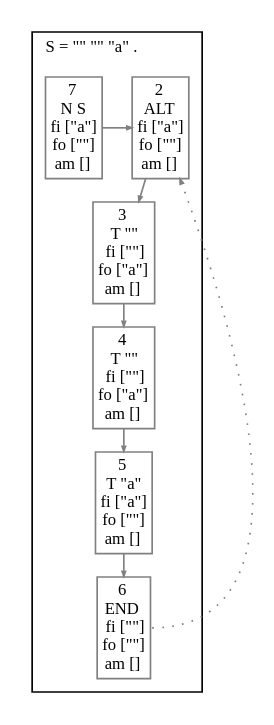
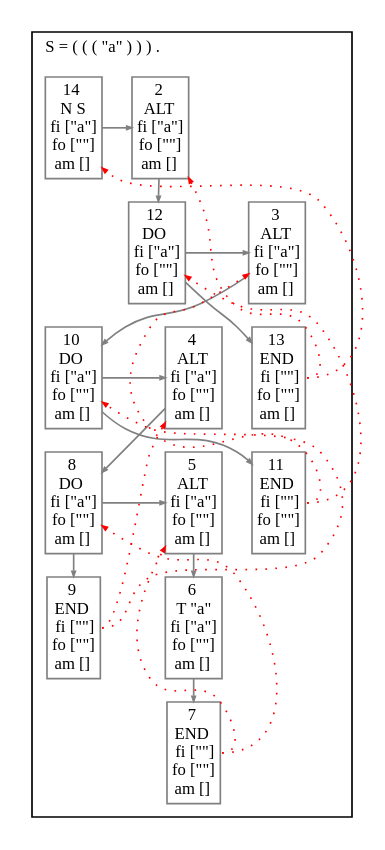
Before and after one commit to JanWillemBrands/AoC2021: the diagram in ART.gv, drawn with Graphviz. The commit also changed 7 other files, not shown here.

```diff
--- a/ART.gv
+++ b/ART.gv
@@ -1,25 +1,46 @@
 digraph G {
   fontname = Menlo
   fontsize = 10
   node [fontname = Menlo, fontsize = 10, color = gray, height = 0, width = 0, margin= 0.04]
   edge [fontname = Menlo, fontsize = 10, color = gray, arrowsize = 0.3]
   graph [ordering = out, ranksep = 0.2]
   rankdir = "TB"
   subgraph clusterS {
     node [shape = box]
-    label = <S = "" "" "a" .>
+    label = <S = ( ( ( "a" ) ) ) .>
     labeljust = l
-    7 [label = <7<br/>N S<br/>fi ["a"]<br/>fo [""]<br/>am []>]
-    7 -> 2 {rank = same; 7; 2;}
+    14 [label = <14<br/>N S<br/>fi ["a"]<br/>fo [""]<br/>am []>]
+    14 -> 2 {rank = same; 14; 2;}
     2 [label = <2<br/>ALT <br/>fi ["a"]<br/>fo [""]<br/>am []>]
-    2 -> 3 [weight=100]
-    3 [label = <3<br/>T ""<br/>fi [""]<br/>fo ["a"]<br/>am []>]
-    3 -> 4 [weight=100]
-    4 [label = <4<br/>T ""<br/>fi [""]<br/>fo ["a"]<br/>am []>]
-    4 -> 5 [weight=100]
-    5 [label = <5<br/>T "a"<br/>fi ["a"]<br/>fo [""]<br/>am []>]
+    2 -> 12 [weight=100]
+    12 [label = <12<br/>DO <br/>fi ["a"]<br/>fo [""]<br/>am []>]
+    12 -> 3 {rank = same; 12; 3;}
+    3 [label = <3<br/>ALT <br/>fi ["a"]<br/>fo [""]<br/>am []>]
+    3 -> 10 [weight=100]
+    10 [label = <10<br/>DO <br/>fi ["a"]<br/>fo [""]<br/>am []>]
+    10 -> 4 {rank = same; 10; 4;}
+    4 [label = <4<br/>ALT <br/>fi ["a"]<br/>fo [""]<br/>am []>]
+    4 -> 8 [weight=100]
+    8 [label = <8<br/>DO <br/>fi ["a"]<br/>fo [""]<br/>am []>]
+    8 -> 5 {rank = same; 8; 5;}
+    5 [label = <5<br/>ALT <br/>fi ["a"]<br/>fo [""]<br/>am []>]
     5 -> 6 [weight=100]
-    6 [label = <6<br/>END <br/>fi [""]<br/>fo [""]<br/>am []>]
+    6 [label = <6<br/>T "a"<br/>fi ["a"]<br/>fo [""]<br/>am []>]
+    6 -> 7 [weight=100]
+    7 [label = <7<br/>END <br/>fi [""]<br/>fo [""]<br/>am []>]
+    8 -> 9 [weight=100]
+    9 [label = <9<br/>END <br/>fi [""]<br/>fo [""]<br/>am []>]
+    10 -> 11 [weight=100]
+    11 [label = <11<br/>END <br/>fi [""]<br/>fo [""]<br/>am []>]
+    12 -> 13 [weight=100]
+    13 [label = <13<br/>END <br/>fi [""]<br/>fo [""]<br/>am []>]
   }
-  6:e -> 2 [style = dotted, constraint = false]
+  7:e -> 5 [style = dotted, color = red, constraint = false]
+  7:e -> 8 [style = dotted, color = red, constraint = false]
+  9:e -> 4 [style = dotted, color = red, constraint = false]
+  9:e -> 10 [style = dotted, color = red, constraint = false]
+  11:e -> 3 [style = dotted, color = red, constraint = false]
+  11:e -> 12 [style = dotted, color = red, constraint = false]
+  13:e -> 2 [style = dotted, color = red, constraint = false]
+  13:e -> 14 [style = dotted, color = red, constraint = false]
 }
```
